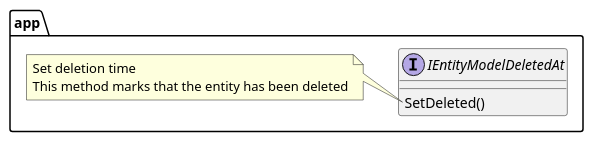
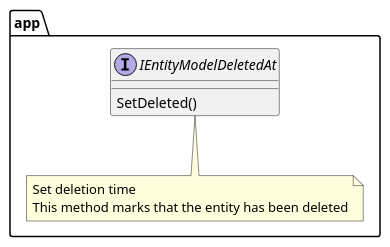
Before and after one commit to lf-edge/rol: the diagram in docs/plantuml/interfaces/IEntityModelDeletedAt.puml, drawn with PlantUML. The commit also changed 21 other files, not shown here.

Commit message:
docs: puml: lots of class diagram display improvements * add advanced notes * add links to DTOS in entities services * worked out the layout of the elements for a compact display

```diff
--- a/docs/plantuml/interfaces/IEntityModelDeletedAt.puml
+++ b/docs/plantuml/interfaces/IEntityModelDeletedAt.puml
@@ -1,13 +1,13 @@
 @startuml IEntityModelDeletedAt
 
 package app {
     interface IEntityModelDeletedAt {
         SetDeleted()
     }
-    note left of IEntityModelDeletedAt::SetDeleted
+    note bottom of IEntityModelDeletedAt
         Set deletion time
         This method marks that the entity has been deleted
     end note
 }
 
 @enduml
```
